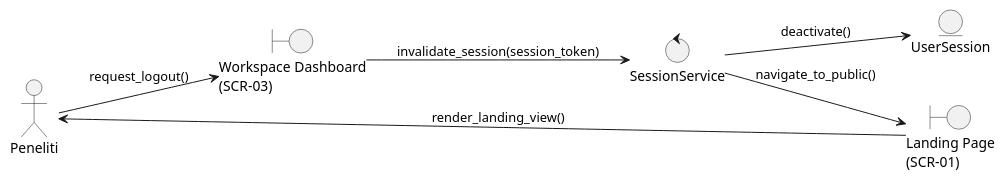
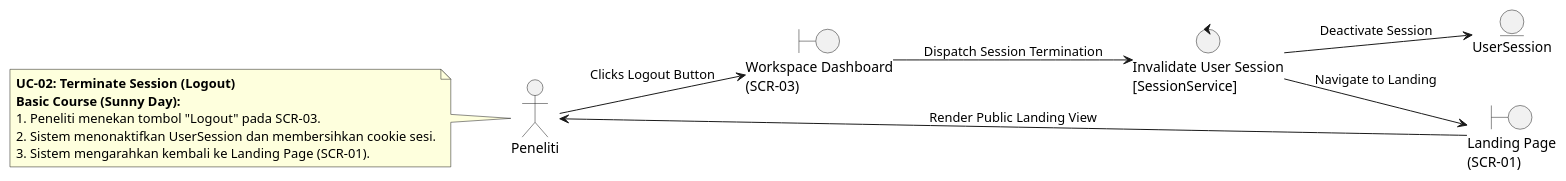
Before and after one commit to Gzaa19/Telaah: the third of 6 diagrams in specs/001-google-oauth-login/plan.md, drawn with PlantUML. The commit also changed other lines of this file and 11 other files, not shown here.

Commit message:
docs(iconix): align constitution, preset templates, and specs 001-004 diagrams

````diff
--- a/specs/001-google-oauth-login/plan.md
+++ b/specs/001-google-oauth-login/plan.md
@@ -194,20 +150,29 @@
 ```plantuml
 @startuml
 left to right direction
-skinparam handwritten false
-skinparam monochrome false
 skinparam shadowing false
+skinparam responseMessageBelowArrow true
+
+note as UC_TEXT
+  <b>UC-02: Terminate Session (Logout)</b>
+  <b>Basic Course (Sunny Day):</b>
+  1. Peneliti menekan tombol "Logout" pada SCR-03.
+  2. Sistem menonaktifkan UserSession dan membersihkan cookie sesi.
+  3. Sistem mengarahkan kembali ke Landing Page (SCR-01).
+end note
 
 actor "Peneliti" as Peneliti
 boundary "Workspace Dashboard\n(SCR-03)" as B_Dashboard
 boundary "Landing Page\n(SCR-01)" as B_Landing
-control "SessionService" as C_Session
+control "Invalidate User Session\n[SessionService]" as C_InvalidateSession
 entity "UserSession" as E_Session
 
-Peneliti --> B_Dashboard : request_logout()
-B_Dashboard --> C_Session : invalidate_session(session_token)
-C_Session --> E_Session : deactivate()
-C_Session --> B_Landing : navigate_to_public()
-B_Landing --> Peneliti : render_landing_view()
+UC_TEXT -[hidden]-> Peneliti
+
+Peneliti --> B_Dashboard : Clicks Logout Button
+B_Dashboard --> C_InvalidateSession : Dispatch Session Termination
+C_InvalidateSession --> E_Session : Deactivate Session
+C_InvalidateSession --> B_Landing : Navigate to Landing
+B_Landing --> Peneliti : Render Public Landing View
 @enduml
 ```
````
